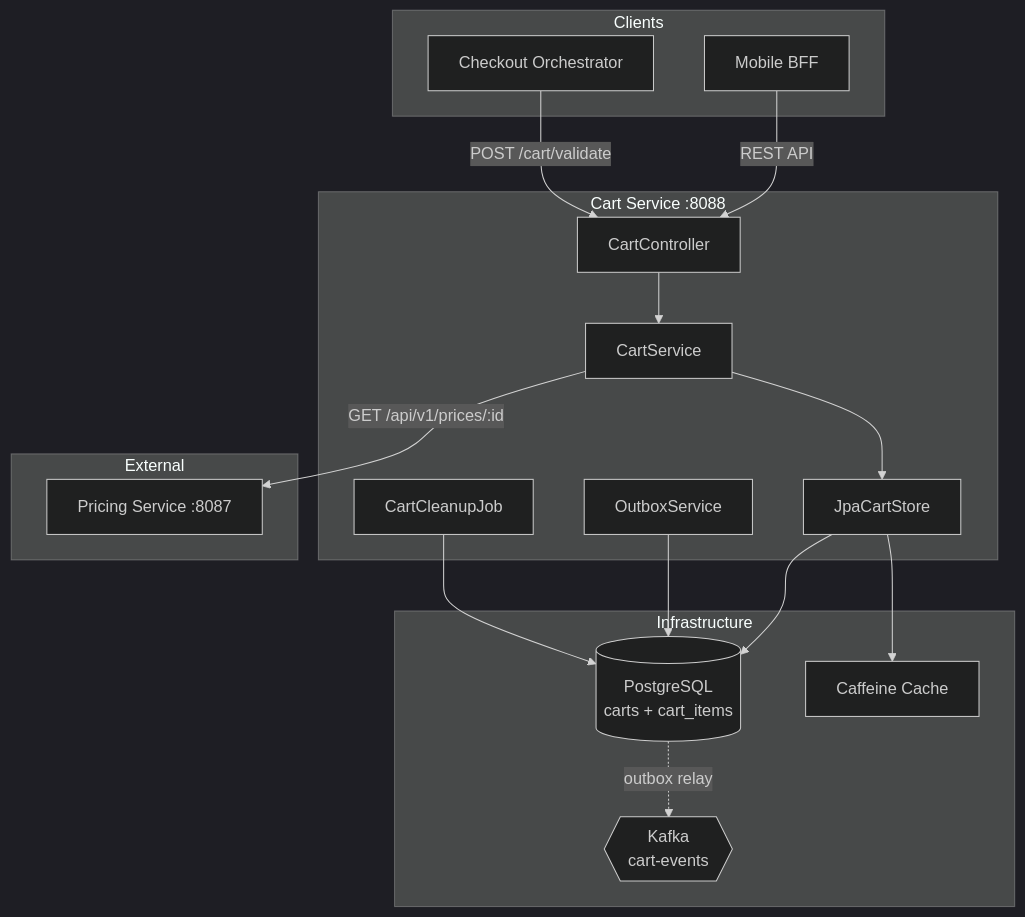
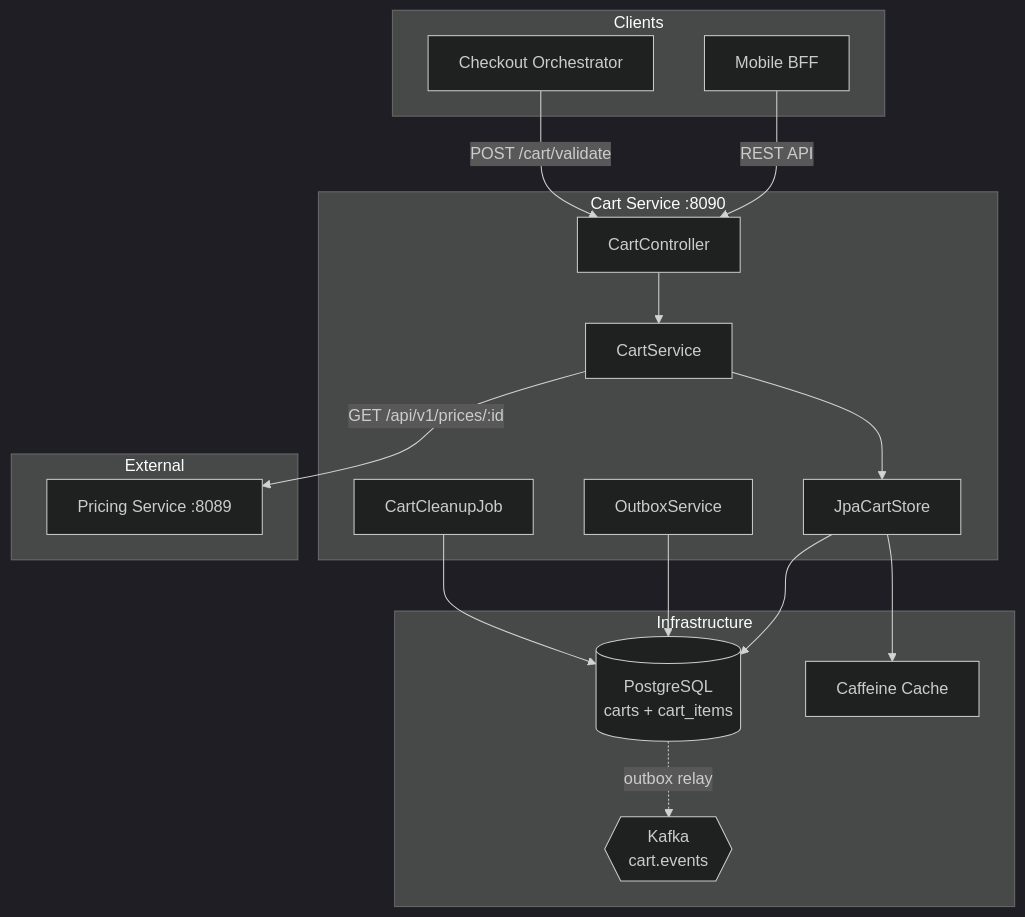
Before and after one commit to sunitakeazycommerz-a11y/InstaCommerce: the first of 7 diagrams in services/cart-service/README.md, drawn with Mermaid (dark theme). The commit also changed 33 other files, not shown here.

````diff
--- a/services/cart-service/README.md
+++ b/services/cart-service/README.md
@@ -32,38 +32,38 @@
 ```mermaid
 graph TB
     subgraph Clients
         BFF[Mobile BFF]
         CHECKOUT[Checkout Orchestrator]
     end
 
-    subgraph cart-service [Cart Service :8088]
+    subgraph cart-service [Cart Service :8090]
         CC[CartController]
         CS[CartService]
         STORE[JpaCartStore]
         OBS[OutboxService]
         CLEANUP[CartCleanupJob]
     end
 
     subgraph External
-        PRICING[Pricing Service :8087]
+        PRICING[Pricing Service :8089]
     end
 
     subgraph Infrastructure
         PG[(PostgreSQL<br/>carts + cart_items)]
-        KF{{Kafka<br/>cart-events}}
+        KF{{Kafka<br/>cart.events}}
         CACHE[Caffeine Cache]
     end
 
     BFF -->|REST API| CC
     CHECKOUT -->|POST /cart/validate| CC
 
     CC --> CS
     CS --> STORE
     CS -->|GET /api/v1/prices/:id| PRICING
     STORE --> PG
     STORE --> CACHE
     OBS --> PG
     CLEANUP --> PG
 
     PG -.->|outbox relay| KF
 ```
````
